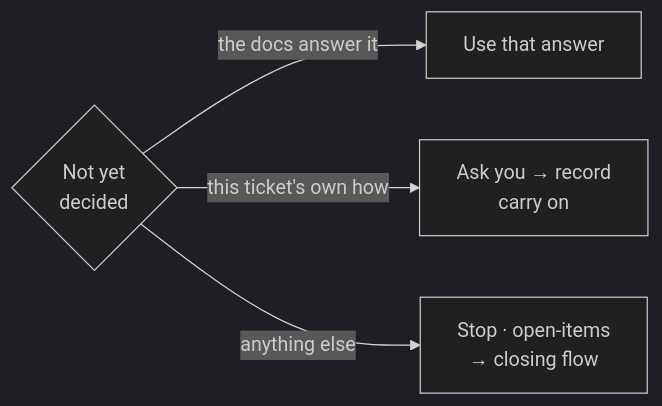
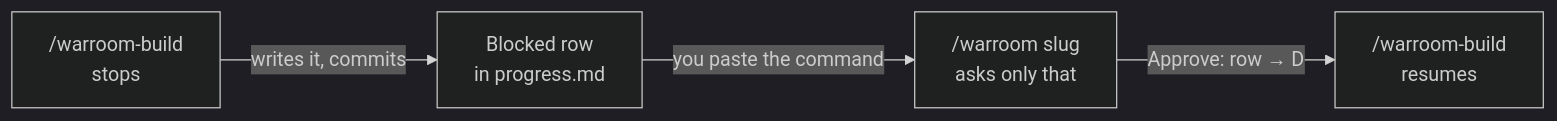
Before and after one commit to mousemouse094526/kiki-kit: the fourth of 5 diagrams in docs/flow.md, drawn with Mermaid (dark theme). The commit also changed other lines of this file and 27 other files, not shown here.

First line of the commit message:
refactor(warroom)!: three skills, few big tickets, one progress file

````diff
--- a/docs/flow.md
+++ b/docs/flow.md
@@ -204,11 +123,11 @@
 ```mermaid
 flowchart LR
-    X{"Not yet<br/>decided"}
-    U["Use that answer"]
-    A["Ask you → record<br/>carry on"]
-    S["Stop · open-items<br/>→ closing flow"]
+    B["/warroom-build<br/>stops"]
+    BL["Blocked row<br/>in progress.md"]
+    W["/warroom slug<br/>asks only that"]
+    B2["/warroom-build<br/>resumes"]
 
-    X -->|the docs answer it| U
-    X -->|this ticket's own how| A
-    X -->|anything else| S
+    B -->|writes it, commits| BL
+    BL -->|you paste the command| W
+    W -->|Approve: row → D| B2
 ```
````
